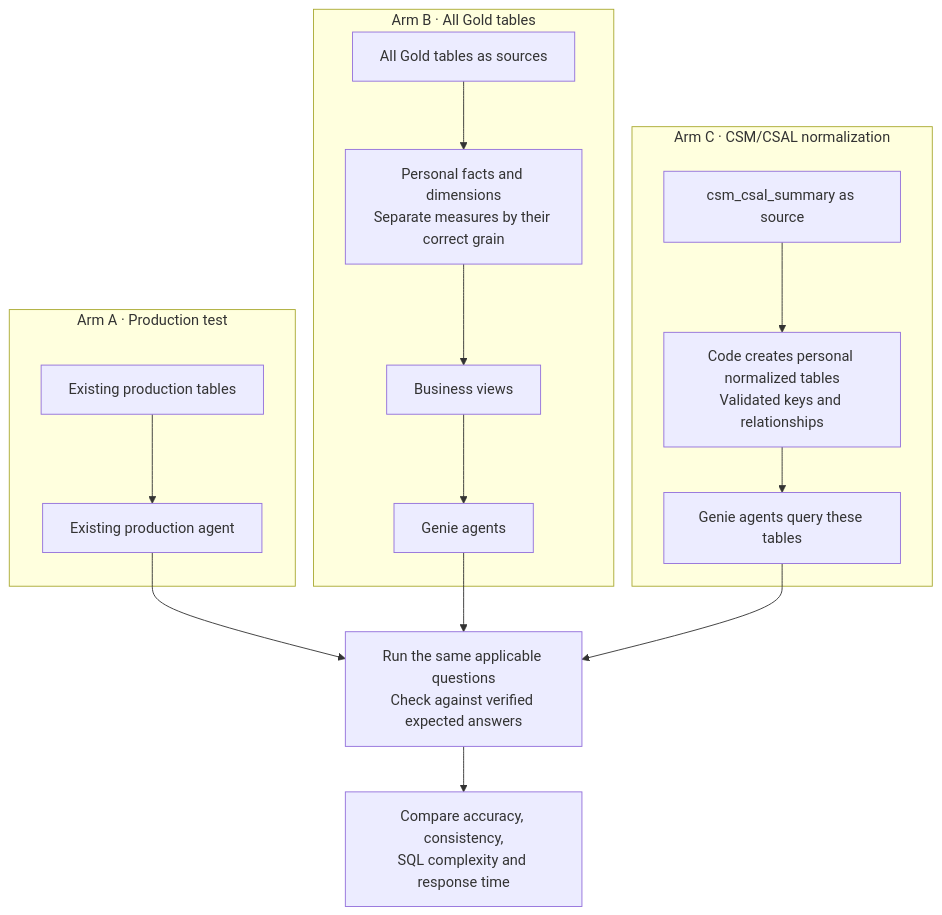
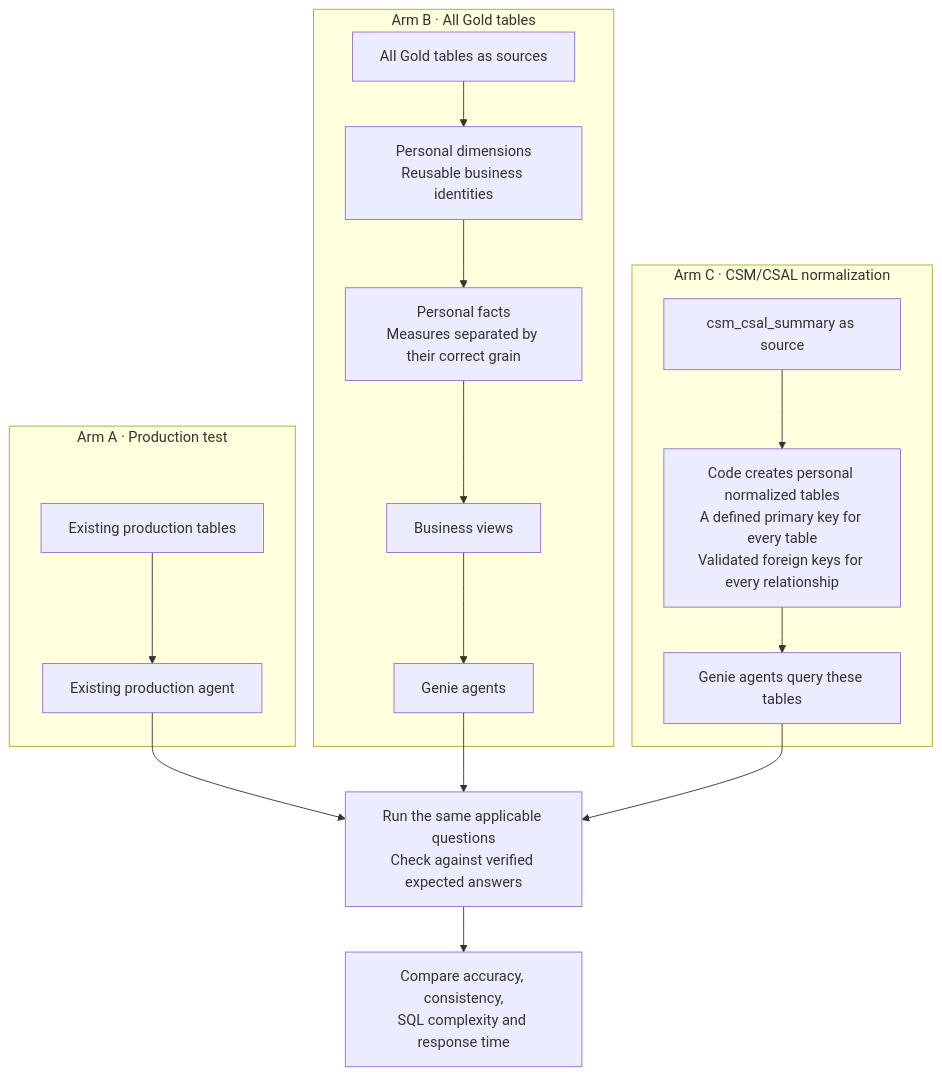
One commit to Mrnidhi/lallo changed the diagram in csm-csal-v2-notebook/reports/plan.md. Above: the diagram before and after it, drawn with Mermaid. The commit also changed other lines of this file and 6 other files, not shown here.

````diff
--- a/csm-csal-v2-notebook/reports/plan.md
+++ b/csm-csal-v2-notebook/reports/plan.md
@@ -9,29 +44,30 @@
 ```mermaid
 flowchart TB
     subgraph A["Arm A · Production test"]
         A1["Existing production tables"]
         A2["Existing production agent"]
         A1 --> A2
     end
 
     subgraph B["Arm B · All Gold tables"]
         B1["All Gold tables as sources"]
-        B2["Personal facts and dimensions<br/>Separate measures by their correct grain"]
-        B3["Business views"]
-        B4["Genie agents"]
-        B1 --> B2 --> B3 --> B4
+        B2["Personal dimensions<br/>Reusable business identities"]
+        B3["Personal facts<br/>Measures separated by their correct grain"]
+        B4["Business views"]
+        B5["Genie agents"]
+        B1 --> B2 --> B3 --> B4 --> B5
     end
 
     subgraph C["Arm C · CSM/CSAL normalization"]
         C1["csm_csal_summary as source"]
-        C2["Code creates personal normalized tables<br/>Validated keys and relationships"]
+        C2["Code creates personal normalized tables<br/>A defined primary key for every table<br/>Validated foreign keys for every relationship"]
         C3["Genie agents query these tables"]
         C1 --> C2 --> C3
     end
 
     A2 --> T["Run the same applicable questions<br/>Check against verified expected answers"]
-    B4 --> T
+    B5 --> T
     C3 --> T
 
     T --> R["Compare accuracy, consistency,<br/>SQL complexity and response time"]
 ```
````
